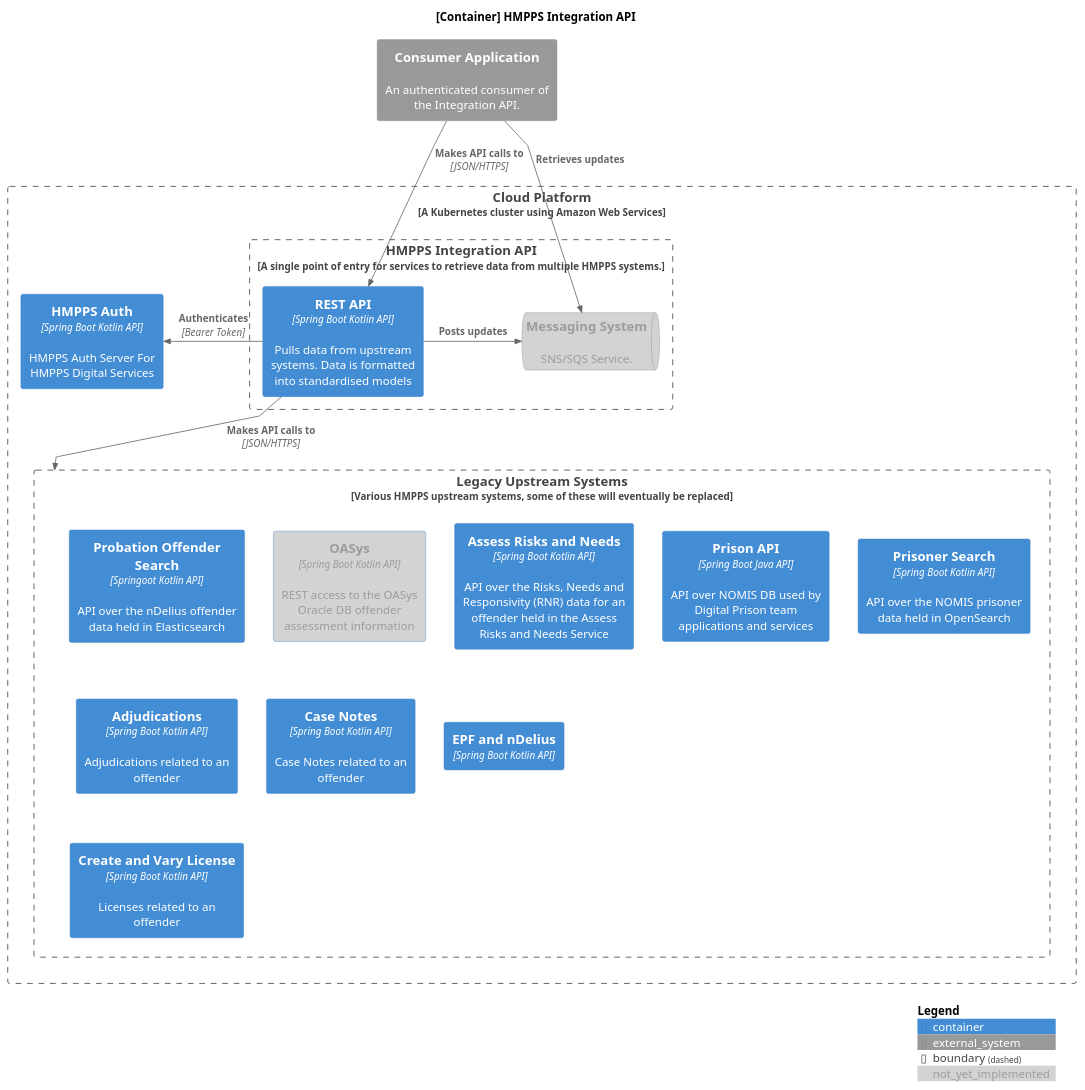
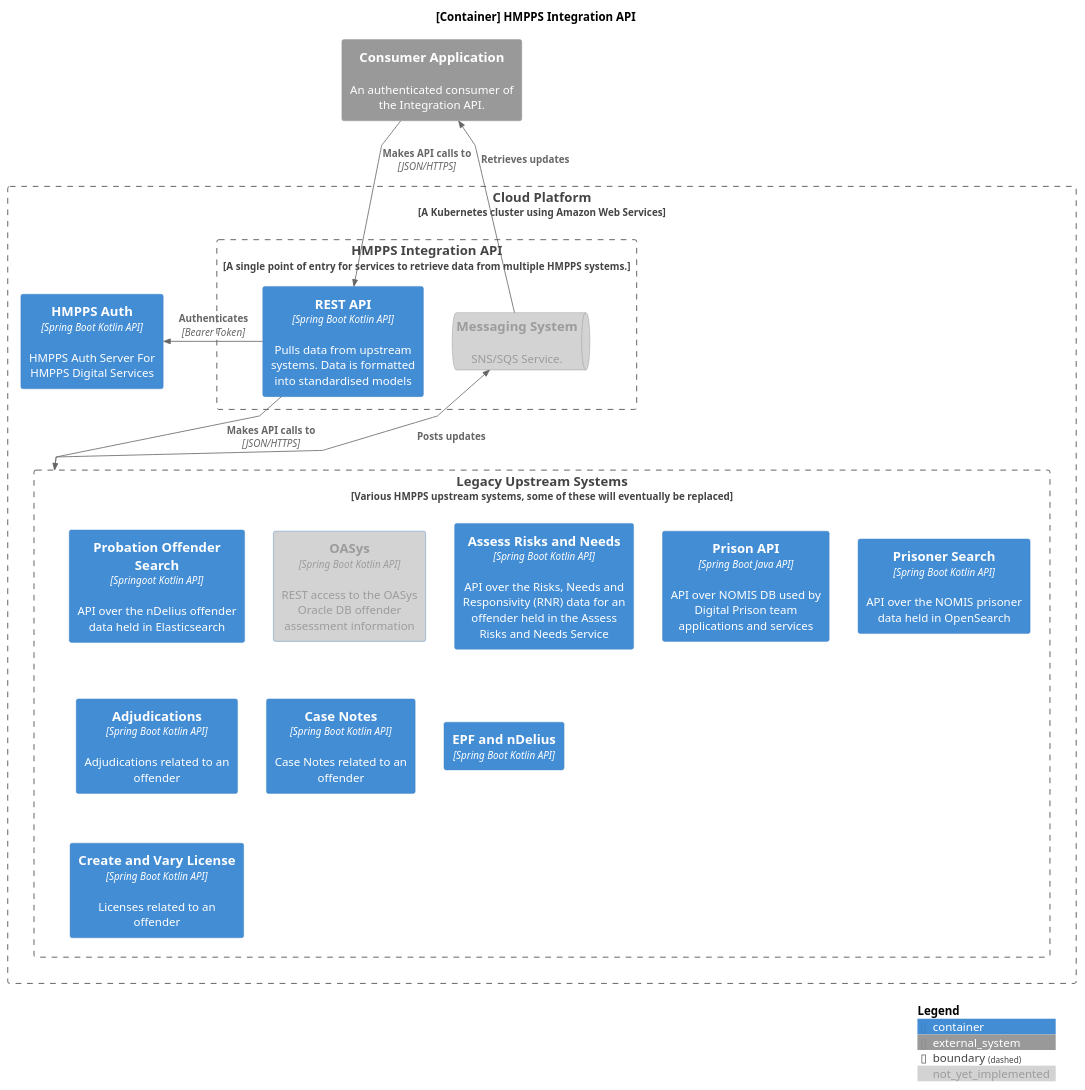
The diagram in docs/diagrams/container.puml (ministryofjustice/hmpps-integration-api), drawn with PlantUML before and after one commit. The commit also changed 1 other file, not shown here.

Commit message:
Update diagrams

```diff
--- a/docs/diagrams/container.puml
+++ b/docs/diagrams/container.puml
@@ -1,44 +1,44 @@
 @startuml container
 
 !include https://raw.githubusercontent.com/plantuml-stdlib/C4-PlantUML/master/C4_Container.puml
 
 skinparam linetype polyline
 
 title [Container] HMPPS Integration API
 
 AddElementTag("not_yet_implemented", $bgColor="#D3D3D3", $fontColor="#9C9C9C")
 
 System_Ext(consumer, "Consumer Application", "An authenticated consumer of the Integration API.")
 
 Boundary(aws_cloudplatform, "Cloud Platform", "A Kubernetes cluster using Amazon Web Services", $link="https://user-guide.cloud-platform.service.justice.gov.uk/documentation/concepts/cp-tech-overview.html") {
     Boundary(hmpps_integration_api, "HMPPS Integration API", "A single point of entry for services to retrieve data from multiple HMPPS systems."){
         Container(spring_boot_api, "REST API", "Spring Boot Kotlin API", "Pulls data from upstream systems. Data is formatted into standardised models", $link="https://github.com/ministryofjustice/hmpps-integration-api")
         SystemQueue_Ext(messaging, "Messaging System", "SNS/SQS Service.",$tags="not_yet_implemented")
     }
 
     Container(hmpps_auth, "HMPPS Auth", "Spring Boot Kotlin API", "	UI and OAuth2 server integrating with NOMIS database, nDelius (via Community api) and an auth database for storing external users", $link="https://github.com/ministryofjustice/hmpps-auth")
 
     Boundary(upstream, "Legacy Upstream Systems", "Various HMPPS upstream systems, some of these will eventually be replaced"){
         Container(prison_api, "Prison API", "Spring Boot Java API", "API over NOMIS DB used by Digital Prison team applications and services", $link="https://github.com/ministryofjustice/prison-api")
         Container(probation_offender_search, "Probation Offender Search", "Springoot Kotlin API", "API over the nDelius offender data held in Elasticsearch", $link="https://probation-offender-search-dev.hmpps.service.justice.gov.uk/swagger-ui/index.html")
         Container(prisoner_search, "Prisoner Search", "Spring Boot Kotlin API", "API over the NOMIS prisoner data held in OpenSearch", $link="https://github.com/ministryofjustice/hmpps-prisoner-search")
         Container(oasys, "OASys", "Spring Boot Kotlin API", "REST access to the OASys Oracle DB offender assessment information", $link="https://github.com/ministryofjustice/offender-assessments-api-kotlin", $tags="not_yet_implemented")
         Container(oasys_arn, "Assess Risks and Needs", "Spring Boot Kotlin API", "API over the Risks, Needs and Responsivity (RNR) data for an offender held in the Assess Risks and Needs Service", $link="https://github.com/ministryofjustice/hmpps-assess-risks-and-needs")
         Container(adjudications, "Adjudications", "Spring Boot Kotlin API", "Adjudications related to an offender", $link="https://github.com/ministryofjustice/hmpps-manage-adjudications-api")
         Container(case_notes, "Case Notes", "Spring Boot Kotlin API", "Case Notes related to an offender", $link="https://github.com/ministryofjustice/offender-case-notes")
         Container(effective_proposal_framework, "EPF and nDelius", "Spring Boot Kotlin API")
         Container(create_and_vary_license, "Create and Vary License", "Spring Boot Kotlin API", "Licenses related to an offender", $link="https://github.com/ministryofjustice/create-and-vary-a-licence-api")
         Container(hmpps_auth, "HMPPS Auth", "Spring Boot Kotlin API", "HMPPS Auth Server For HMPPS Digital Services", $link="https://github.com/ministryofjustice/hmpps-auth")
         Lay_L(prisoner_search, prison_api)
     }
 }
 
 Rel(consumer, spring_boot_api, "Makes API calls to", "JSON/HTTPS")
-Rel(consumer, messaging, "Retrieves updates")
-Rel_Right(spring_boot_api, messaging, "Posts updates")
+Rel(messaging, consumer, "Retrieves updates")
+Rel_Up(upstream, messaging, "Posts updates")
 Rel_Right(spring_boot_api, hmpps_auth, "Authenticates", "Bearer Token")
 Rel_Down(spring_boot_api, upstream, "Makes API calls to", "JSON/HTTPS")
 
 SHOW_DYNAMIC_LEGEND()
 
 @enduml
```
